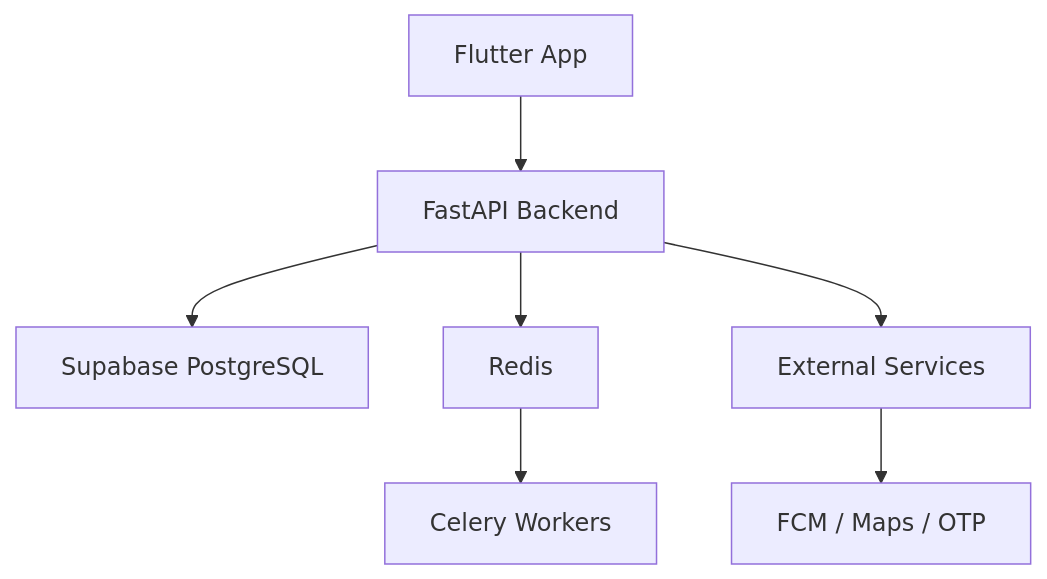
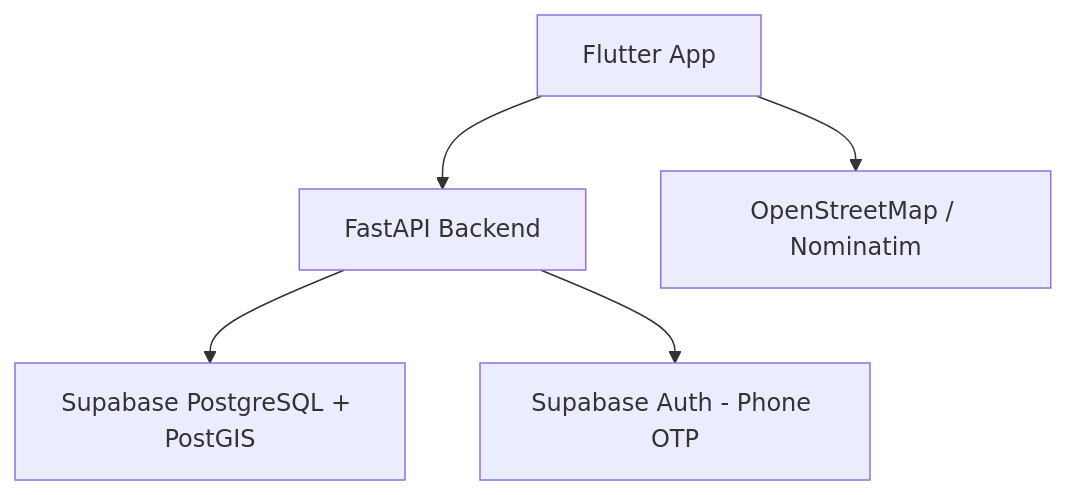
One commit to Chainucha/dailywork changed the first of 2 diagrams in README.md. Above: the diagram before and after it, drawn with Mermaid. The commit also changed other lines of this file and 15 other files, not shown here.

````diff
--- a/README.md
+++ b/README.md
@@ -29,9 +43,7 @@
 ```mermaid
 graph TD
     A[Flutter App] --> B[FastAPI Backend]
-    B --> C[Supabase PostgreSQL]
-    B --> D[Redis]
-    D --> E[Celery Workers]
-    B --> F[External Services]
-    F --> G[FCM / Maps / OTP]
+    B --> C[Supabase PostgreSQL + PostGIS]
+    B --> D[Supabase Auth - Phone OTP]
+    A --> E[OpenStreetMap / Nominatim]
 ```
````
